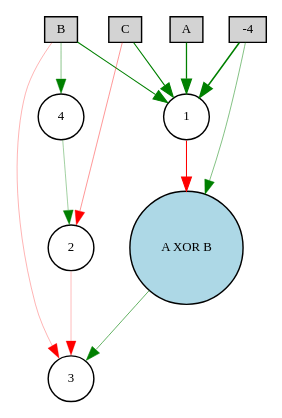
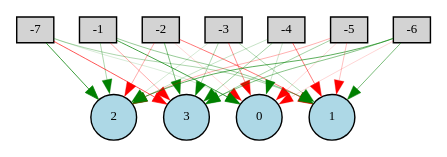
Before and after one commit to thecog19/python-neural-nets: the diagram in Digraph.gv, drawn with Graphviz. The commit also changed 102 other files, not shown here.

```diff
--- a/Digraph.gv
+++ b/Digraph.gv
@@ -1,24 +1,42 @@
 digraph {
 	node [fontsize=9 height=0.2 shape=circle width=0.2]
-	A [fillcolor=lightgray shape=box style=filled]
-	B [fillcolor=lightgray shape=box style=filled]
-	C [fillcolor=lightgray shape=box style=filled]
+	-1 [fillcolor=lightgray shape=box style=filled]
+	-2 [fillcolor=lightgray shape=box style=filled]
+	-3 [fillcolor=lightgray shape=box style=filled]
 	-4 [fillcolor=lightgray shape=box style=filled]
-	"A XOR B" [fillcolor=lightblue style=filled]
-	1 [fillcolor=white style=filled]
-	2 [fillcolor=white style=filled]
-	3 [fillcolor=white style=filled]
-	4 [fillcolor=white style=filled]
-	-4 -> 1 [color=green penwidth=1.0745517975 style=solid]
-	A -> 1 [color=green penwidth=0.895016199076 style=solid]
-	B -> 3 [color=red penwidth=0.21116701822 style=solid]
-	B -> 1 [color=green penwidth=0.754790045529 style=solid]
-	4 -> 2 [color=green penwidth=0.264525112812 style=solid]
-	C -> 1 [color=green penwidth=0.773534271245 style=solid]
-	C -> 2 [color=red penwidth=0.289618614135 style=solid]
-	-4 -> "A XOR B" [color=green penwidth=0.33737288216 style=solid]
-	B -> 4 [color=green penwidth=0.317734006818 style=solid]
-	2 -> 3 [color=red penwidth=0.189633180686 style=solid]
-	1 -> "A XOR B" [color=red penwidth=0.732286640102 style=solid]
-	"A XOR B" -> 3 [color=green penwidth=0.428754929103 style=solid]
+	-5 [fillcolor=lightgray shape=box style=filled]
+	-6 [fillcolor=lightgray shape=box style=filled]
+	-7 [fillcolor=lightgray shape=box style=filled]
+	0 [fillcolor=lightblue style=filled]
+	1 [fillcolor=lightblue style=filled]
+	2 [fillcolor=lightblue style=filled]
+	3 [fillcolor=lightblue style=filled]
+	-1 -> 0 [color=green penwidth=0.51364856101 style=solid]
+	-6 -> 3 [color=green penwidth=0.331360981361 style=solid]
+	-4 -> 2 [color=green penwidth=0.158961462712 style=solid]
+	-7 -> 0 [color=green penwidth=0.111933933991 style=solid]
+	-3 -> 3 [color=green penwidth=0.219110626434 style=solid]
+	-2 -> 0 [color=red penwidth=0.113926482809 style=solid]
+	-2 -> 1 [color=red penwidth=0.384661781811 style=solid]
+	-5 -> 1 [color=red penwidth=0.184385149062 style=solid]
+	-6 -> 0 [color=red penwidth=0.119384421934 style=solid]
+	-4 -> 3 [color=green penwidth=0.245927300374 style=solid]
+	-3 -> 2 [color=green penwidth=0.121851624427 style=solid]
+	-7 -> 3 [color=red penwidth=0.471305818463 style=solid]
+	-5 -> 0 [color=red penwidth=0.112974706921 style=solid]
+	-1 -> 2 [color=green penwidth=0.231301570281 style=solid]
+	-6 -> 1 [color=green penwidth=0.367902142337 style=solid]
+	-2 -> 2 [color=red penwidth=0.231034723872 style=solid]
+	-1 -> 1 [color=green penwidth=0.292550029794 style=solid]
+	-3 -> 1 [color=green penwidth=0.209644890621 style=solid]
+	-4 -> 0 [color=green penwidth=0.142323535134 style=solid]
+	-7 -> 2 [color=green penwidth=0.541174336898 style=solid]
+	-5 -> 3 [color=green penwidth=0.253250615573 style=solid]
+	-1 -> 3 [color=red penwidth=0.238472036645 style=solid]
+	-3 -> 0 [color=red penwidth=0.299400793467 style=solid]
+	-6 -> 2 [color=green penwidth=0.446013120234 style=solid]
+	-2 -> 3 [color=green penwidth=0.362563148812 style=solid]
+	-4 -> 1 [color=red penwidth=0.368295595956 style=solid]
+	-7 -> 1 [color=green penwidth=0.233655440148 style=solid]
+	-5 -> 2 [color=red penwidth=0.216943740439 style=solid]
 }
```
